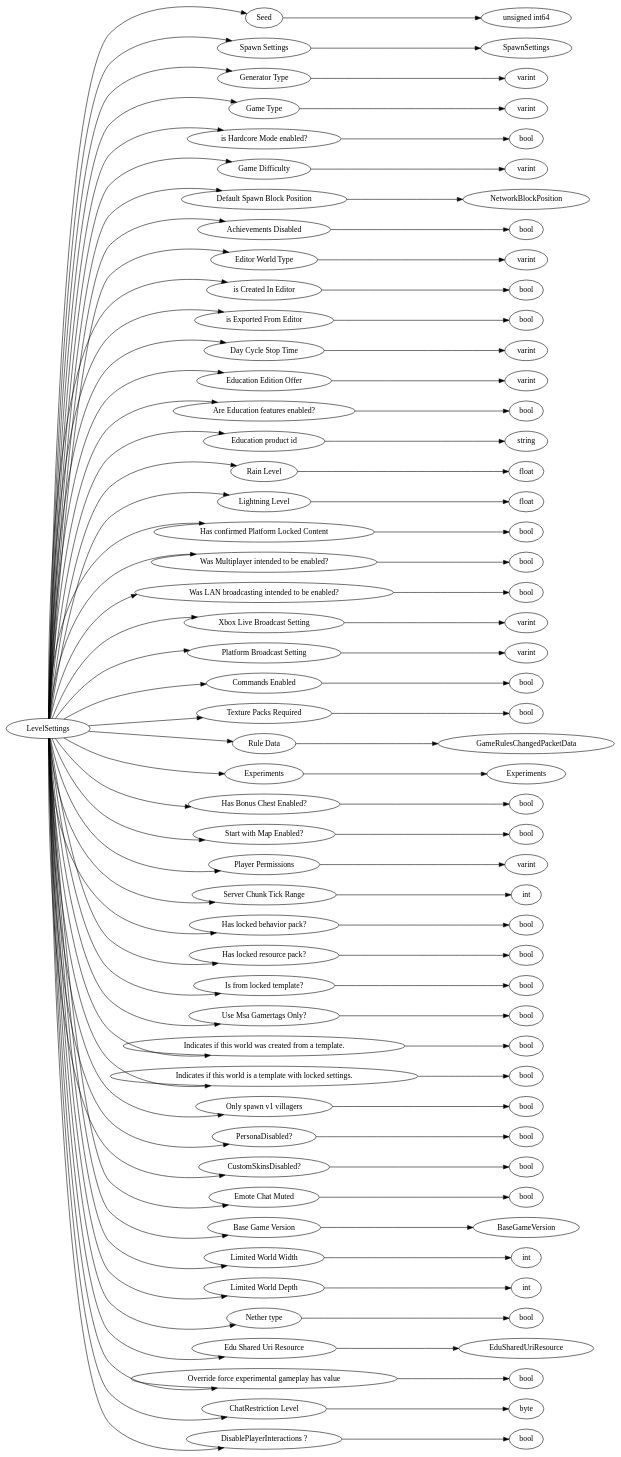
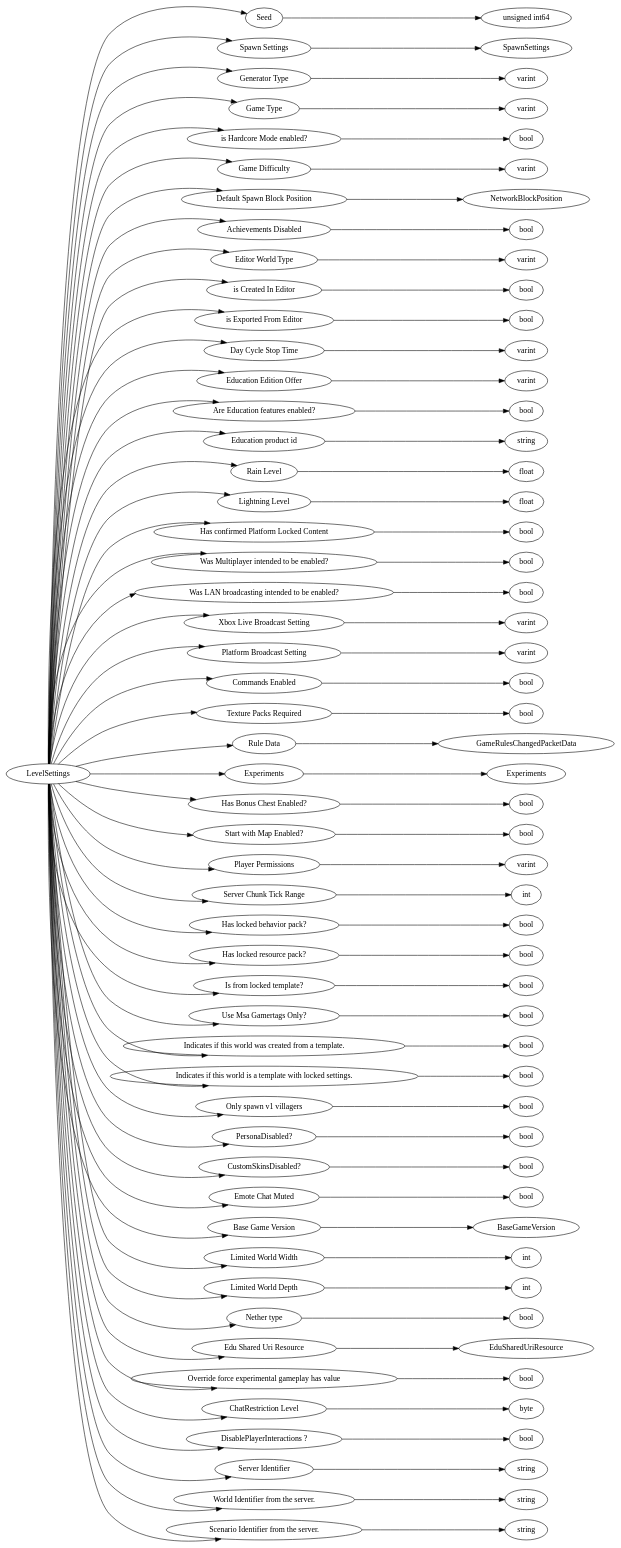
Before and after one commit to Mojang/bedrock-protocol-docs: the diagram in dot/LevelSettings.dot, drawn with Graphviz. The commit also changed 39 other files, not shown here.

```diff
--- a/dot/LevelSettings.dot
+++ b/dot/LevelSettings.dot
@@ -97,6 +97,12 @@
 135 -> 136
 23 -> 137
 137 -> 138
+23 -> 139
+139 -> 140
+23 -> 141
+141 -> 142
+23 -> 143
+143 -> 144
 
 23 [label="LevelSettings",comment="name: \"LevelSettings\", typeName: \"\", id: 23, branchId: 0, recurseId: -1, attributes: 0, notes: \"\""];
 24 [label="Seed",comment="name: \"Seed\", typeName: \"\", id: 24, branchId: 0, recurseId: -1, attributes: 0, notes: \"\""];
@@ -195,6 +201,12 @@
 136 [label="byte",comment="name: \"byte\", typeName: \"\", id: 136, branchId: 0, recurseId: -1, attributes: 512, notes: \"\""];
 137 [label="DisablePlayerInteractions ?",comment="name: \"DisablePlayerInteractions ?\", typeName: \"\", id: 137, branchId: 0, recurseId: -1, attributes: 0, notes: \"\""];
 138 [label="bool",comment="name: \"bool\", typeName: \"\", id: 138, branchId: 0, recurseId: -1, attributes: 512, notes: \"\""];
-{ rank = max;25;34;36;38;40;42;51;53;55;57;59;61;63;65;67;69;71;73;75;77;79;81;83;85;87;89;91;93;95;97;99;101;103;105;107;109;111;113;115;117;119;121;123;125;132;134;136;138}
+139 [label="Server Identifier",comment="name: \"Server Identifier\", typeName: \"\", id: 139, branchId: 0, recurseId: -1, attributes: 0, notes: \"\""];
+140 [label="string",comment="name: \"string\", typeName: \"\", id: 140, branchId: 0, recurseId: -1, attributes: 512, notes: \"\""];
+141 [label="World Identifier from the server.",comment="name: \"World Identifier from the server.\", typeName: \"\", id: 141, branchId: 0, recurseId: -1, attributes: 0, notes: \"\""];
+142 [label="string",comment="name: \"string\", typeName: \"\", id: 142, branchId: 0, recurseId: -1, attributes: 512, notes: \"\""];
+143 [label="Scenario Identifier from the server.",comment="name: \"Scenario Identifier from the server.\", typeName: \"\", id: 143, branchId: 0, recurseId: -1, attributes: 0, notes: \"\""];
+144 [label="string",comment="name: \"string\", typeName: \"\", id: 144, branchId: 0, recurseId: -1, attributes: 512, notes: \"\""];
+{ rank = max;25;34;36;38;40;42;51;53;55;57;59;61;63;65;67;69;71;73;75;77;79;81;83;85;87;89;91;93;95;97;99;101;103;105;107;109;111;113;115;117;119;121;123;125;132;134;136;138;140;142;144}
 
 }
```
